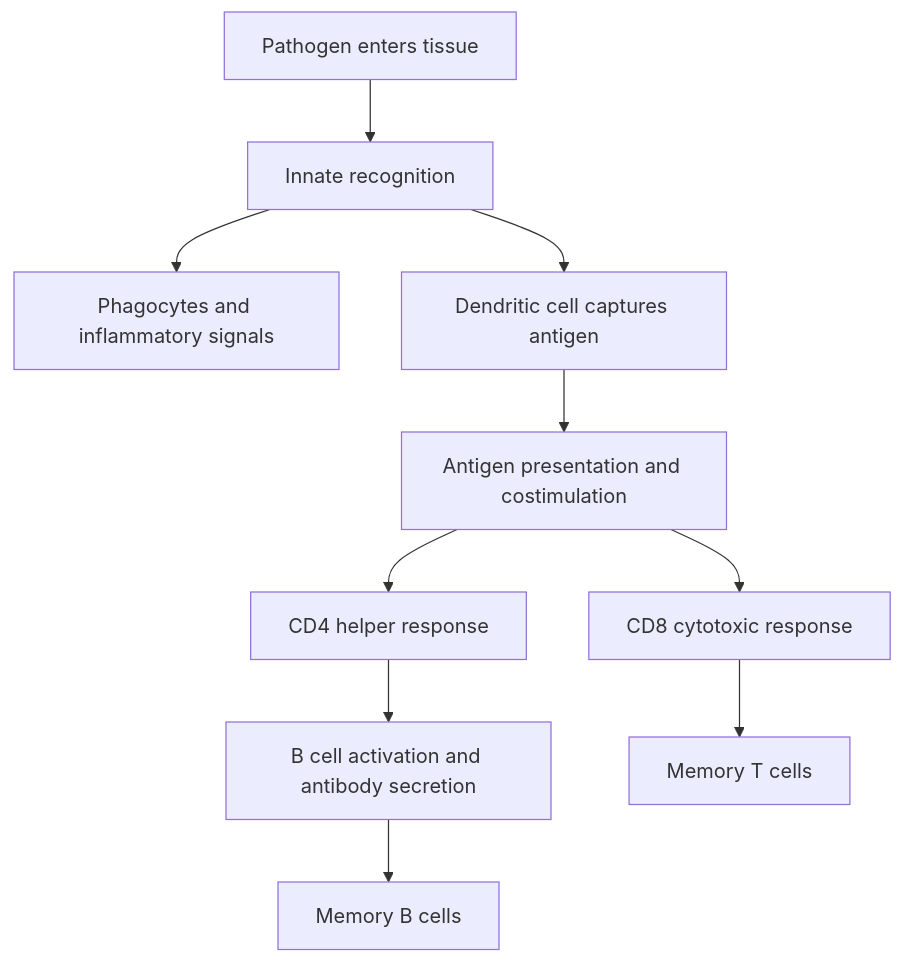
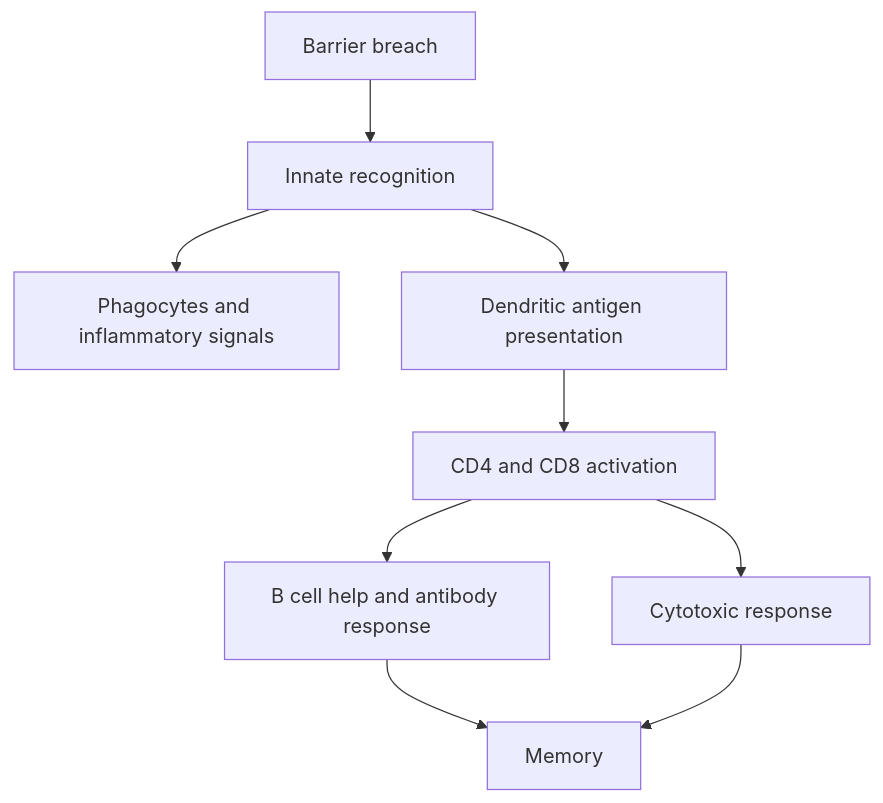
Before and after one commit to priyankaverma12-RN12/aiims-norcet-staff-nurse-resources: the diagram in Chapters/Infection-Control-and-Microbiology/Concepts/21-Innate-and-Adaptive-Immunity.md, drawn with Mermaid. The commit also changed other lines of this file and 9 other files, not shown here.

````diff
--- a/Chapters/Infection-Control-and-Microbiology/Concepts/21-Innate-and-Adaptive-Immunity.md
+++ b/Chapters/Infection-Control-and-Microbiology/Concepts/21-Innate-and-Adaptive-Immunity.md
@@ -43,12 +27,11 @@
 ```mermaid
 flowchart TD
- A[Pathogen enters tissue] --> B[Innate recognition]
+ A[Barrier breach] --> B[Innate recognition]
  B --> C[Phagocytes and inflammatory signals]
- B --> D[Dendritic cell captures antigen]
- D --> E[Antigen presentation and costimulation]
- E --> F[CD4 helper response]
- E --> G[CD8 cytotoxic response]
- F --> H[B cell activation and antibody secretion]
- H --> I[Memory B cells]
- G --> J[Memory T cells]
+ B --> D[Dendritic antigen presentation]
+ D --> E[CD4 and CD8 activation]
+ E --> F[B cell help and antibody response]
+ E --> G[Cytotoxic response]
+ F --> H[Memory]
+ G --> H
 ```
````
